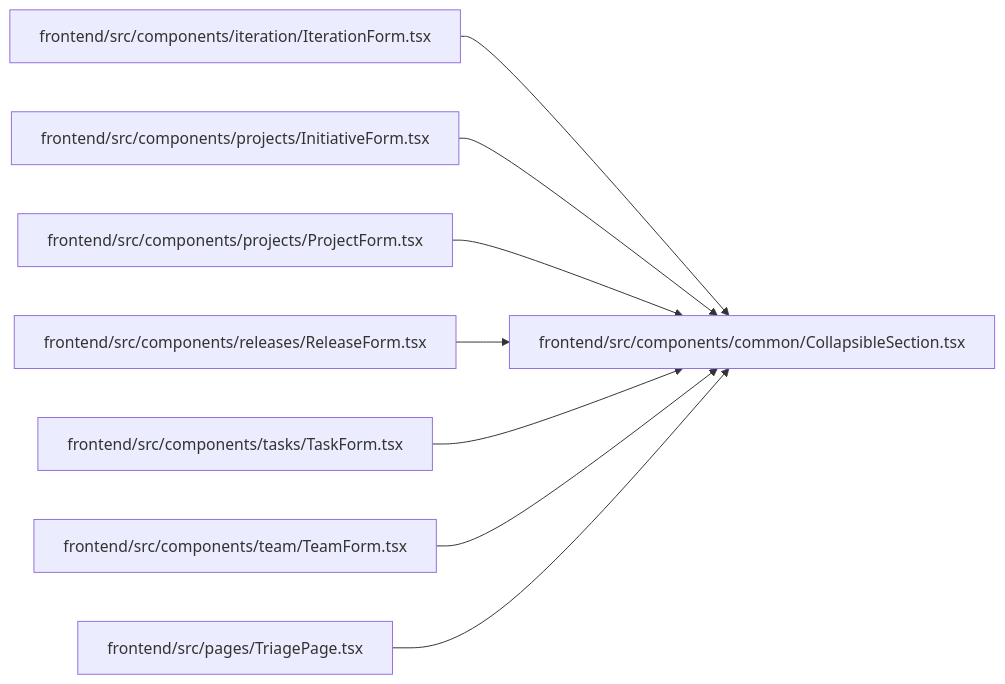
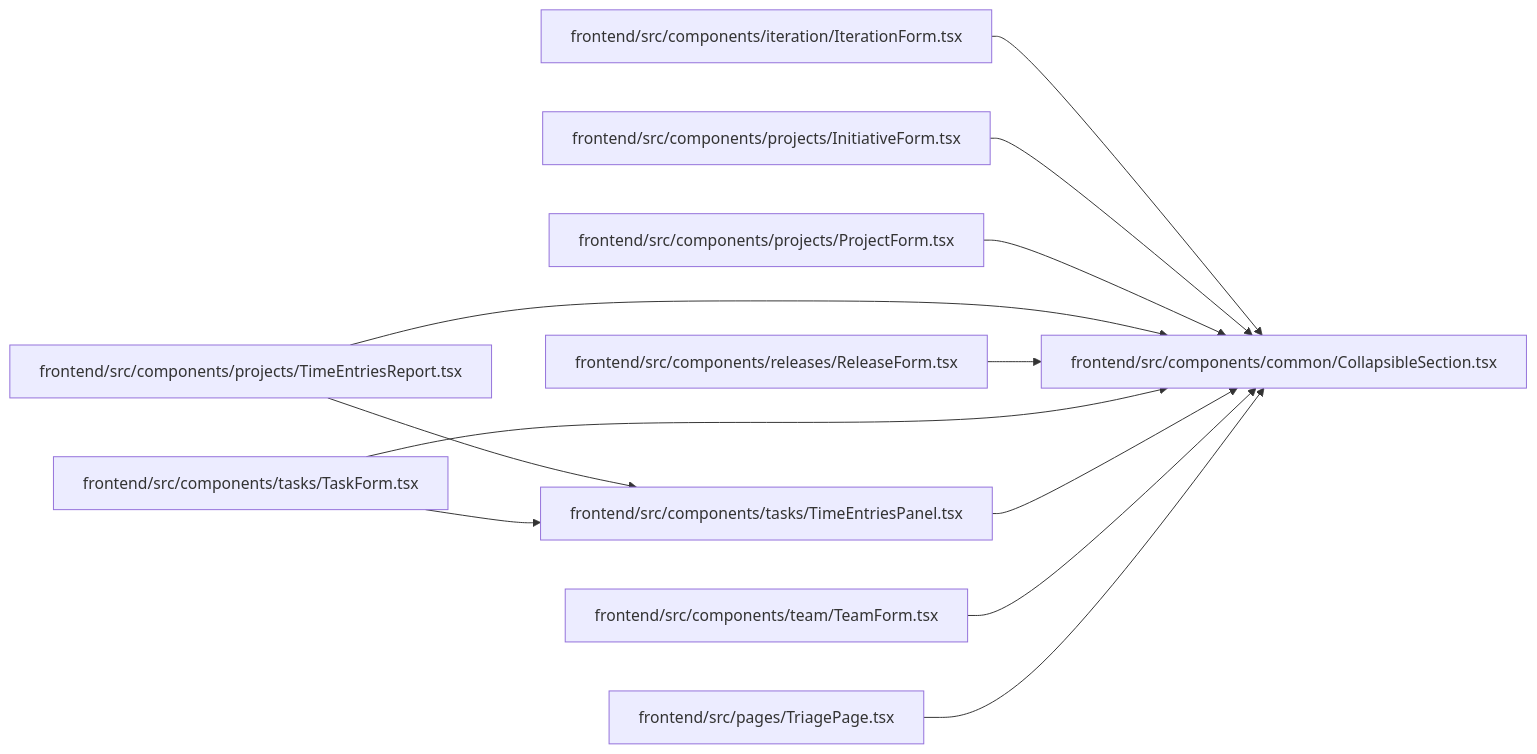
Before and after one commit to Denissvgn/WorkChord: the diagram in docs/llm_wiki/modules/CollapsibleSection.md, drawn with Mermaid. The commit also changed other lines of this file and 2344 other files, not shown here.

````diff
--- a/docs/llm_wiki/modules/CollapsibleSection.md
+++ b/docs/llm_wiki/modules/CollapsibleSection.md
@@ -26,26 +26,34 @@
 ```mermaid
 flowchart LR
     n0["frontend/src/components/common/CollapsibleSection.tsx"]
     n1["frontend/src/components/iteration/IterationForm.tsx"]
     n2["frontend/src/components/projects/InitiativeForm.tsx"]
     n3["frontend/src/components/projects/ProjectForm.tsx"]
-    n4["frontend/src/components/releases/ReleaseForm.tsx"]
-    n5["frontend/src/components/tasks/TaskForm.tsx"]
-    n6["frontend/src/components/team/TeamForm.tsx"]
-    n7["frontend/src/pages/TriagePage.tsx"]
+    n4["frontend/src/components/projects/TimeEntriesReport.tsx"]
+    n5["frontend/src/components/releases/ReleaseForm.tsx"]
+    n6["frontend/src/components/tasks/TaskForm.tsx"]
+    n7["frontend/src/components/tasks/TimeEntriesPanel.tsx"]
+    n8["frontend/src/components/team/TeamForm.tsx"]
+    n9["frontend/src/pages/TriagePage.tsx"]
     n1 --> n0
     n2 --> n0
     n3 --> n0
     n4 --> n0
+    n4 --> n7
     n5 --> n0
     n6 --> n0
+    n6 --> n7
     n7 --> n0
+    n8 --> n0
+    n9 --> n0
     click n0 "../modules/CollapsibleSection.md"
     click n1 "../modules/IterationForm.md"
     click n2 "../modules/InitiativeForm.md"
     click n3 "../modules/ProjectForm.md"
-    click n4 "../modules/ReleaseForm.md"
-    click n5 "../modules/TaskForm.md"
-    click n6 "../modules/TeamForm.md"
-    click n7 "../modules/TriagePage.md"
+    click n4 "../modules/TimeEntriesReport.md"
+    click n5 "../modules/ReleaseForm.md"
+    click n6 "../modules/TaskForm.md"
+    click n7 "../modules/TimeEntriesPanel.md"
+    click n8 "../modules/TeamForm.md"
+    click n9 "../modules/TriagePage.md"
 ```
````
